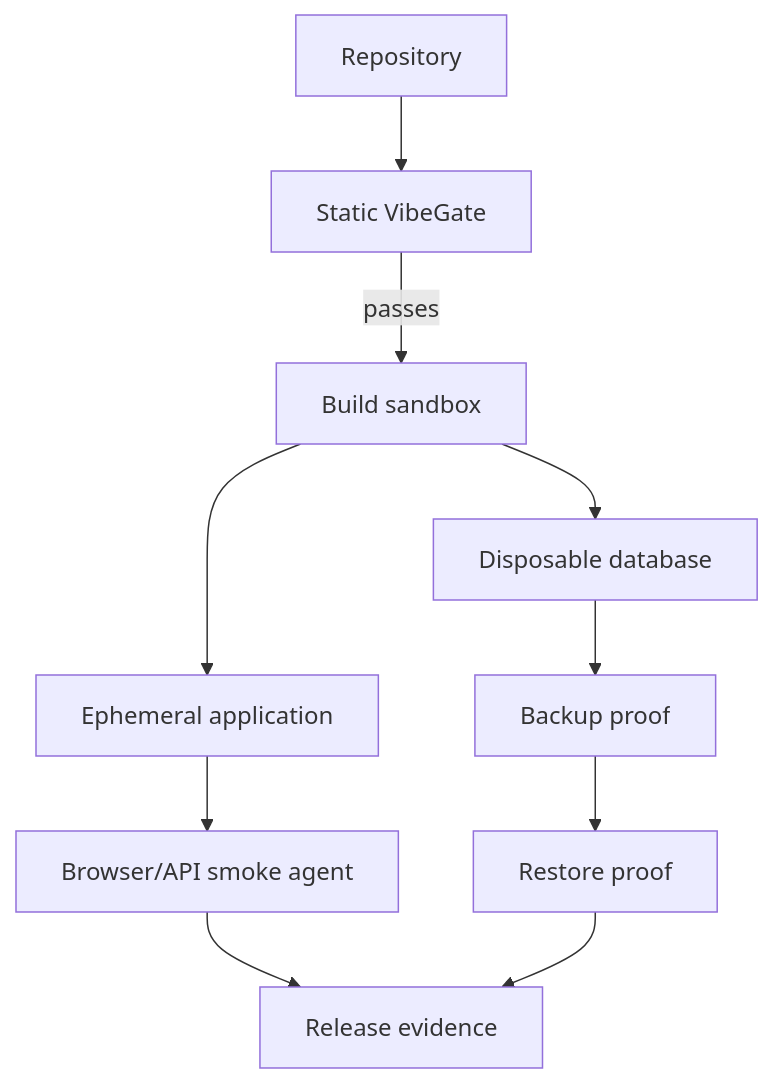
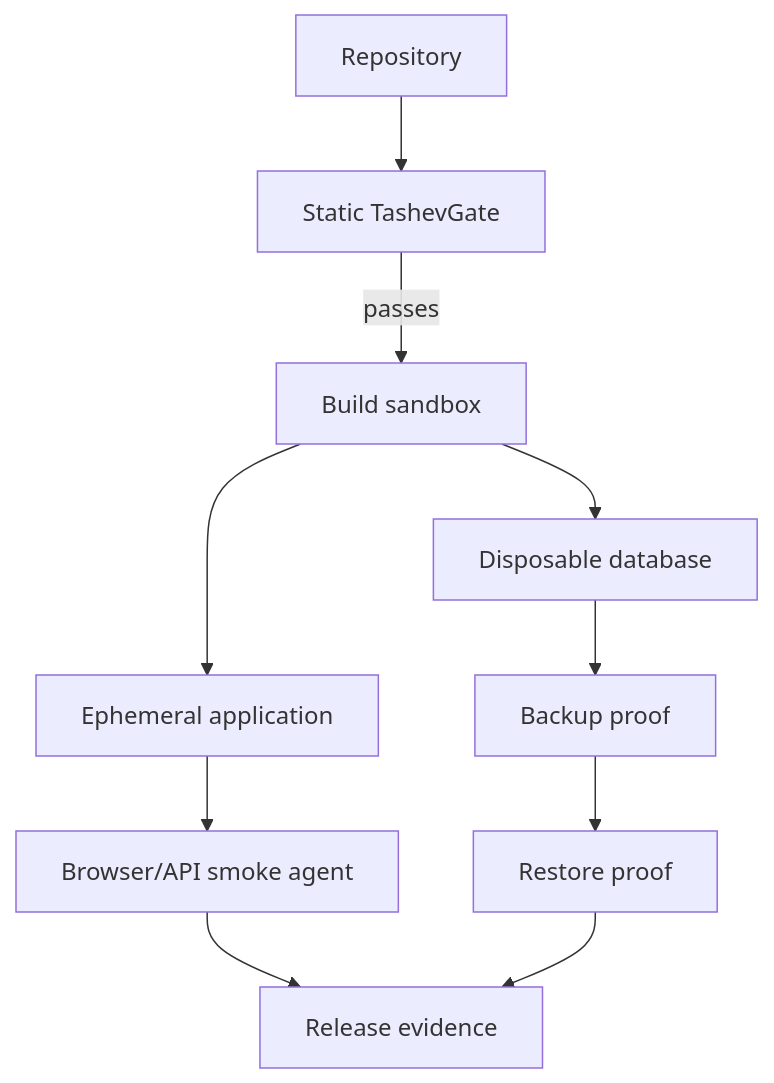
One commit to tashev11/tashevgate changed the diagram in ARCHITECTURE.md. Above: the diagram before and after it, drawn with Mermaid. The commit also changed other lines of this file and 45 other files, not shown here.

Commit message:
refactor: rename project to TashevGate

````diff
--- a/ARCHITECTURE.md
+++ b/ARCHITECTURE.md
@@ -45,12 +45,12 @@
 ```mermaid
 flowchart TD
-  SRC[Repository] --> STATIC[Static VibeGate]
+  SRC[Repository] --> STATIC[Static TashevGate]
   STATIC -->|passes| BUILD[Build sandbox]
   BUILD --> DB[Disposable database]
   BUILD --> APP[Ephemeral application]
   APP --> E2E[Browser/API smoke agent]
   DB --> BACKUP[Backup proof]
   BACKUP --> RESTORE[Restore proof]
   E2E --> RELEASE[Release evidence]
   RESTORE --> RELEASE
 ```
````
